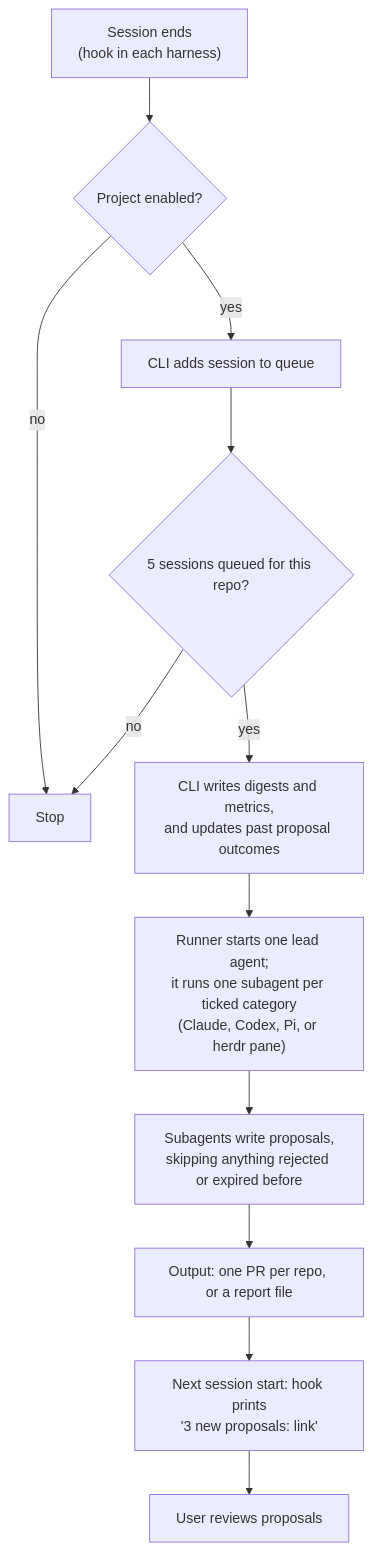
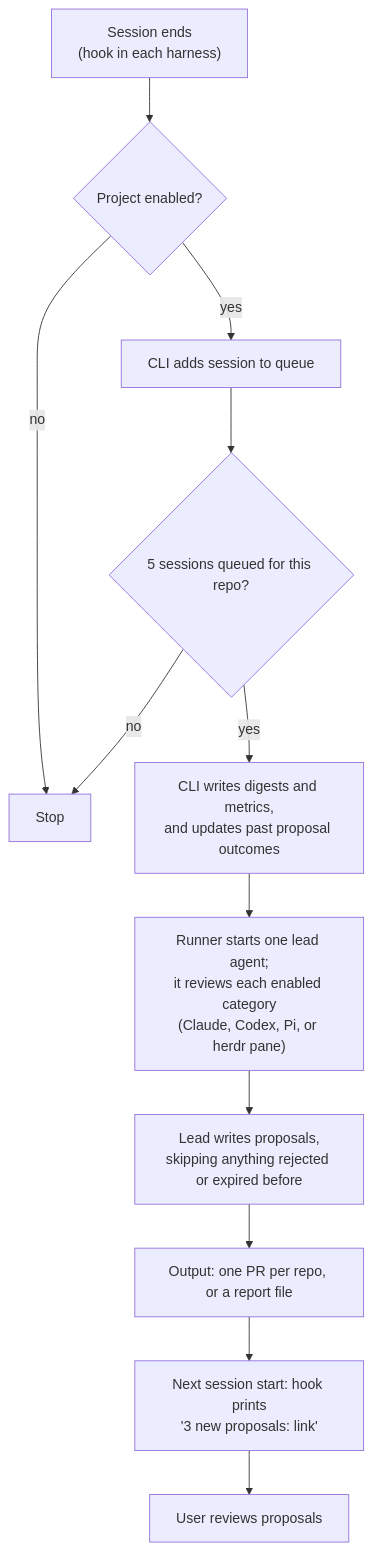
The first of 2 diagrams in README.md (ac8318740/agentic-retro), drawn with Mermaid before and after one commit. The commit also changed other lines of this file and 18 other files, not shown here.

````diff
--- a/README.md
+++ b/README.md
@@ -7,14 +7,14 @@
 ```mermaid
 flowchart TD
     A["Session ends<br/>(hook in each harness)"] --> P{"Project enabled?"}
     P -->|no| Z["Stop"]
     P -->|yes| B["CLI adds session to queue"]
     B --> C{"5 sessions queued for this repo?"}
     C -->|no| Z
     C -->|yes| D["CLI writes digests and metrics,<br/>and updates past proposal outcomes"]
-    D --> E["Runner starts one lead agent;<br/>it runs one subagent per ticked category<br/>(Claude, Codex, Pi, or herdr pane)"]
-    E --> F["Subagents write proposals,<br/>skipping anything rejected or expired before"]
+    D --> E["Runner starts one lead agent;<br/>it reviews each enabled category<br/>(Claude, Codex, Pi, or herdr pane)"]
+    E --> F["Lead writes proposals,<br/>skipping anything rejected or expired before"]
     F --> G["Output: one PR per repo, or a report file"]
     G --> H["Next session start: hook prints<br/>'3 new proposals: link'"]
     H --> I["User reviews proposals"]
 ```
````
